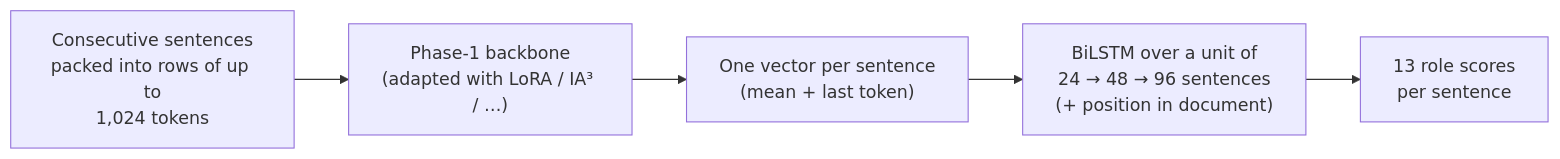
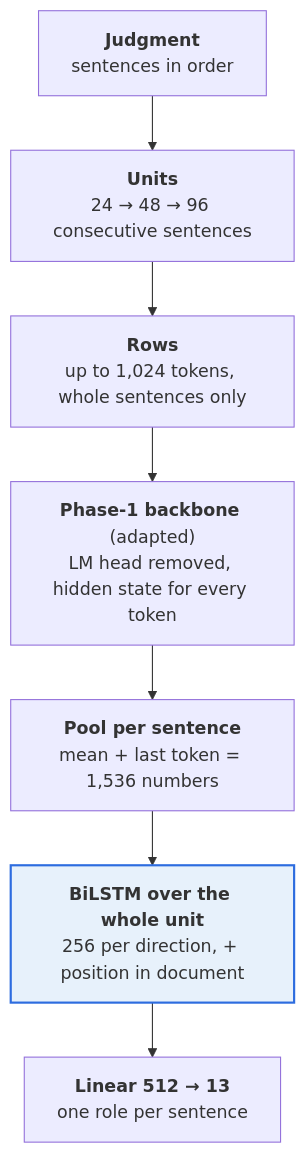
One commit to kavin123-git/CS781_Capstone changed the first of 2 diagrams in phase3-rhetorical-roles/README.md. Above: the diagram before and after it, drawn with Mermaid. The commit also changed other lines of this file, not shown here.

````diff
--- a/phase3-rhetorical-roles/README.md
+++ b/phase3-rhetorical-roles/README.md
@@ -20,7 +32,10 @@
 ```mermaid
-flowchart LR
-    S["Consecutive sentences<br/>packed into rows of up to<br/>1,024 tokens"] --> B["Phase-1 backbone<br/>(adapted with LoRA / IA³ / …)"]
-    B --> P["One vector per sentence<br/>(mean + last token)"]
-    P --> L["BiLSTM over a unit of<br/>24 → 48 → 96 sentences<br/>(+ position in document)"]
-    L --> O["13 role scores<br/>per sentence"]
+flowchart TD
+    S["<b>Judgment</b><br/>sentences in order"] --> U["<b>Units</b><br/>24 → 48 → 96 consecutive sentences"]
+    U --> R["<b>Rows</b><br/>up to 1,024 tokens, whole sentences only"]
+    R --> B["<b>Phase-1 backbone</b> (adapted)<br/>LM head removed, hidden state for every token"]
+    B --> P["<b>Pool per sentence</b><br/>mean + last token = 1,536 numbers"]
+    P --> L["<b>BiLSTM over the whole unit</b><br/>256 per direction, + position in document"]
+    L --> O["<b>Linear 512 → 13</b><br/>one role per sentence"]
+    style L fill:#e7f1fb,stroke:#2d6cdf,stroke-width:2px
 ```
````
